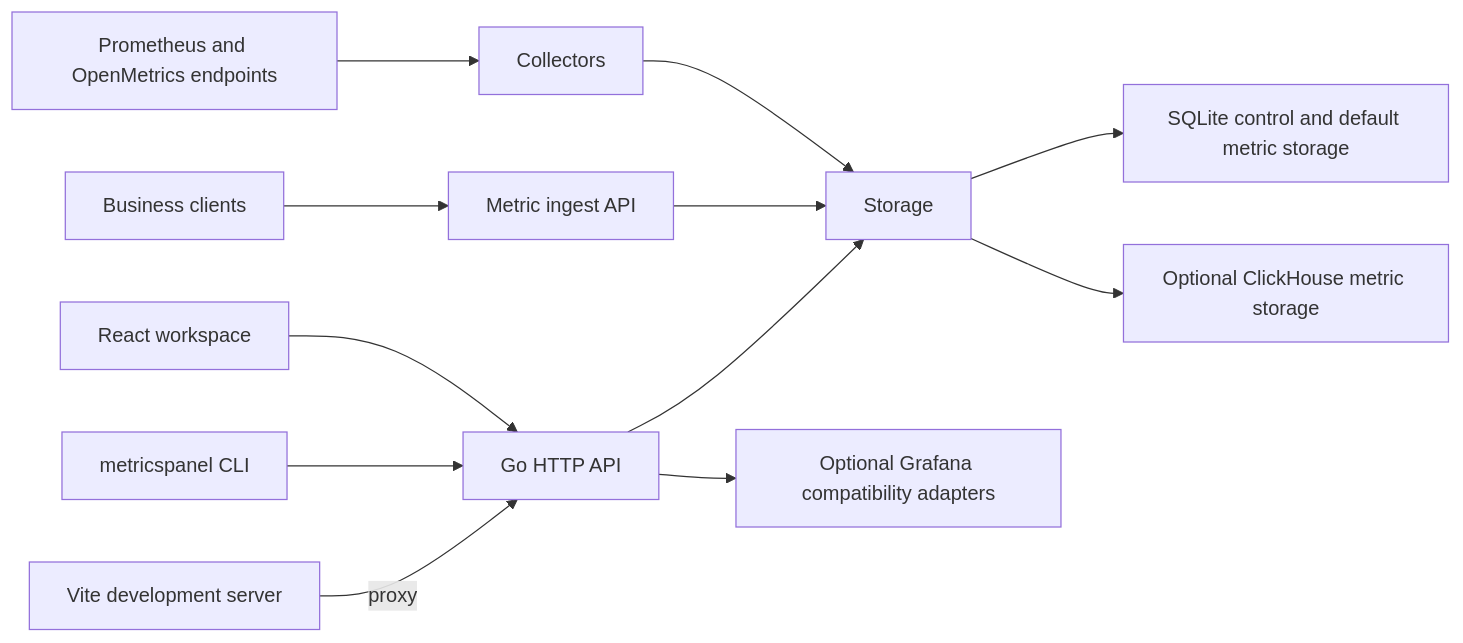
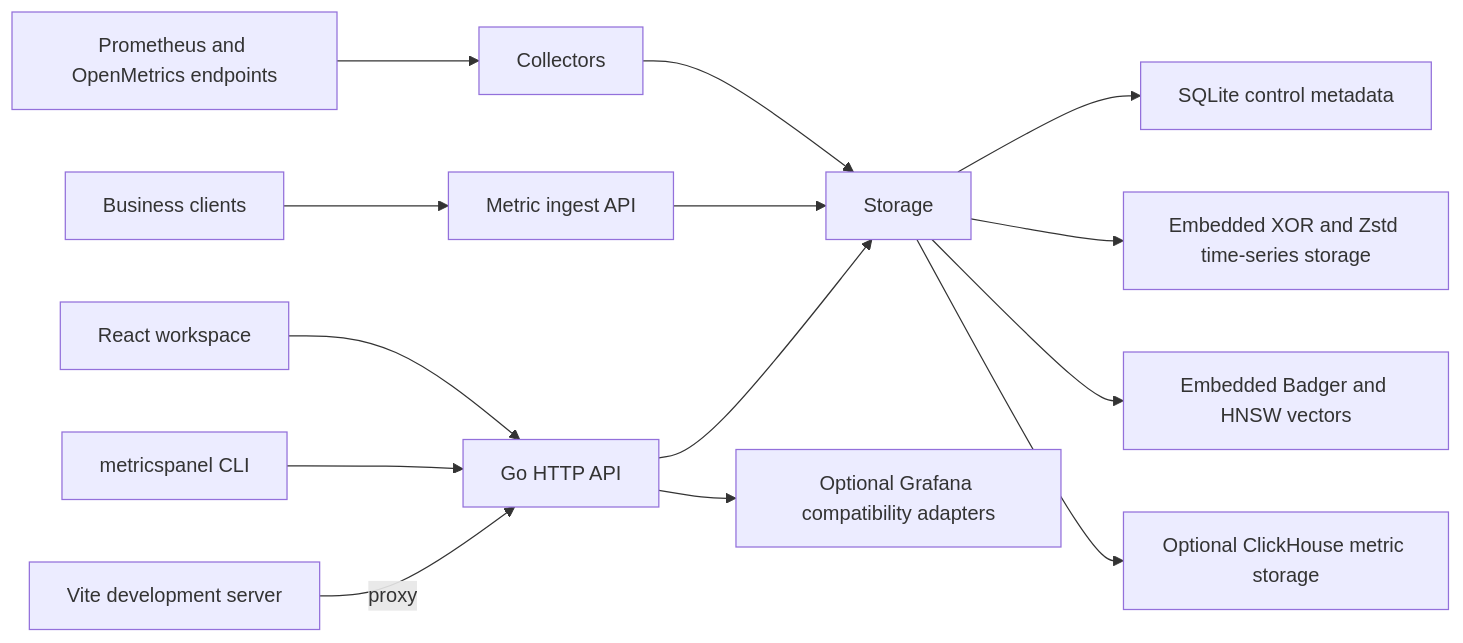
The diagram in docs/architecture.md (neko233-com/metrics233-server), drawn with Mermaid before and after one commit. The commit also changed 36 other files, not shown here.

Commit message:
feat(storage): separate compressed time series and embedded vector engines

````diff
--- a/docs/architecture.md
+++ b/docs/architecture.md
@@ -7,14 +7,16 @@
 ```mermaid
 flowchart LR
   Exporters[Prometheus and OpenMetrics endpoints] --> Collector[Collectors]
   Clients[Business clients] --> Ingest[Metric ingest API]
   Collector --> Store[Storage]
   Ingest --> Store
   Browser[React workspace] --> API[Go HTTP API]
   CLI[metricspanel CLI] --> API
   API --> Store
   API --> Compat[Optional Grafana compatibility adapters]
-  Store --> SQLite[SQLite control and default metric storage]
+  Store --> SQLite[SQLite control metadata]
+  Store --> TSDB[Embedded XOR and Zstd time-series storage]
+  Store --> Vectors[Embedded Badger and HNSW vectors]
   Store --> ClickHouse[Optional ClickHouse metric storage]
   Vite[Vite development server] -->|proxy| API
 ```
````
